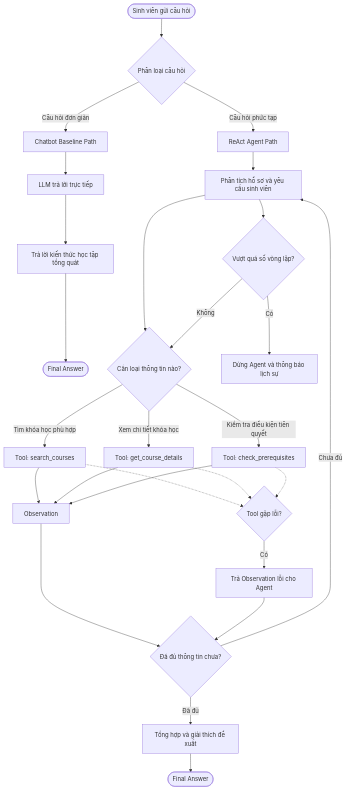
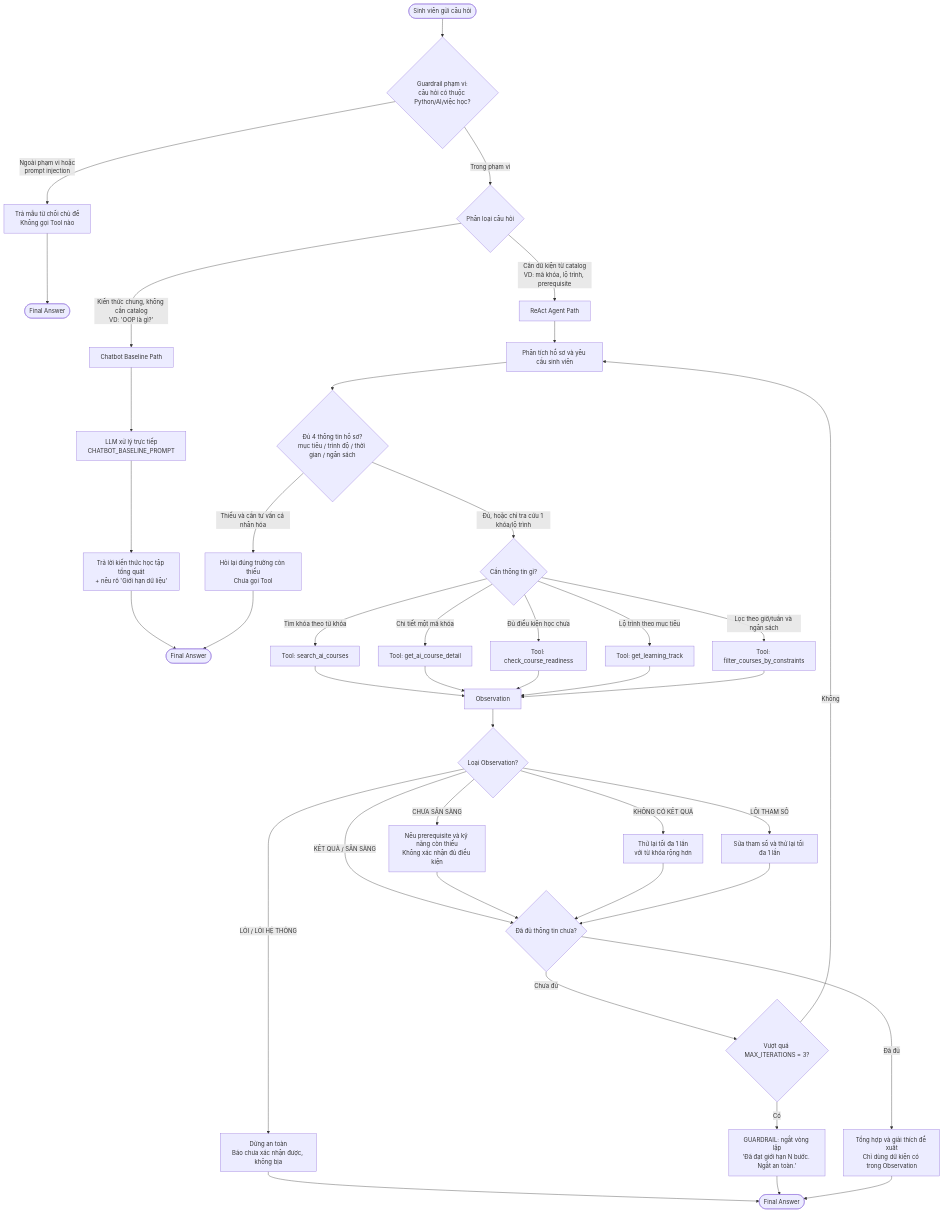
Before and after one commit to BuiHoangVuong777/DAY03_2A202601553_BuiHoangVuong: the diagram in docs/hybrid_flowchart.mermaid, drawn with Mermaid. The commit also changed 2 other files, not shown here.

Commit message:
Final Update

```diff
--- a/docs/hybrid_flowchart.mermaid
+++ b/docs/hybrid_flowchart.mermaid
@@ -1,39 +1,60 @@
 flowchart TD
-    A([Sinh viên gửi câu hỏi]) --> B{Phân loại câu hỏi}
+    A([Sinh viên gửi câu hỏi]) --> SCOPE{Guardrail phạm vi:<br/>câu hỏi có thuộc Python/AI/việc học?}
 
-    B -->|Câu hỏi đơn giản| C[Chatbot Baseline Path]
-    B -->|Câu hỏi phức tạp| D[ReAct Agent Path]
+    SCOPE -->|Ngoài phạm vi hoặc<br/>prompt injection| REFUSE[Trả mẫu từ chối chủ đề<br/>Không gọi Tool nào]
+    REFUSE --> Z([Final Answer])
 
-    %% Chatbot path
-    C --> E[LLM trả lời trực tiếp]
-    E --> F[Trả lời kiến thức học tập tổng quát]
+    SCOPE -->|Trong phạm vi| B{Phân loại câu hỏi}
+
+    B -->|Kiến thức chung, không cần catalog<br/>VD: 'OOP là gì?'| C[Chatbot Baseline Path]
+    B -->|Cần dữ kiện từ catalog<br/>VD: mã khóa, lộ trình, prerequisite| D[ReAct Agent Path]
+
+    %% ---------- Chatbot Baseline path ----------
+    C --> E[LLM xử lý trực tiếp<br/>CHATBOT_BASELINE_PROMPT]
+    E --> F[Trả lời kiến thức học tập tổng quát<br/>+ nêu rõ 'Giới hạn dữ liệu']
     F --> G([Final Answer])
 
-    %% ReAct Agent path
+    %% ---------- ReAct Agent path ----------
     D --> H[Phân tích hồ sơ và yêu cầu sinh viên]
-    H --> I{Cần loại thông tin nào?}
+    H --> PROFILE{Đủ 4 thông tin hồ sơ?<br/>mục tiêu / trình độ / thời gian / ngân sách}
 
-    I -->|Tìm khóa học phù hợp| J[Tool: search_courses]
-    I -->|Xem chi tiết khóa học| K[Tool: get_course_details]
-    I -->|Kiểm tra điều kiện tiên quyết| L[Tool: check_prerequisites]
+    PROFILE -->|Thiếu và cần tư vấn cá nhân hóa| ASK[Hỏi lại đúng trường còn thiếu<br/>Chưa gọi Tool]
+    ASK --> G
 
-    J --> M[Observation]
-    K --> M
-    L --> M
+    PROFILE -->|Đủ, hoặc chỉ tra cứu 1 khóa/lộ trình| I{Cần thông tin gì?}
 
-    M --> N{Đã đủ thông tin chưa?}
-    N -->|Chưa đủ| H
-    N -->|Đã đủ| O[Tổng hợp và giải thích đề xuất]
+    I -->|Tìm khóa theo từ khóa| J1[Tool: search_ai_courses]
+    I -->|Chi tiết một mã khóa| J2[Tool: get_ai_course_detail]
+    I -->|Đủ điều kiện học chưa| J3[Tool: check_course_readiness]
+    I -->|Lộ trình theo mục tiêu| J4[Tool: get_learning_track]
+    I -->|Lọc theo giờ/tuần và ngân sách| J5[Tool: filter_courses_by_constraints]
+
+    J1 --> M[Observation]
+    J2 --> M
+    J3 --> M
+    J4 --> M
+    J5 --> M
+
+    %% ---------- Xử lý Observation ----------
+    M --> OBS{Loại Observation?}
+
+    OBS -->|KẾT QUẢ / SẴN SÀNG| N
+    OBS -->|CHƯA SẴN SÀNG| BIZ[Nêu prerequisite và kỹ năng còn thiếu<br/>Không xác nhận đủ điều kiện]
+    OBS -->|KHÔNG CÓ KẾT QUẢ| RETRY[Thử lại tối đa 1 lần<br/>với từ khóa rộng hơn]
+    OBS -->|LỖI THAM SỐ| FIXARG[Sửa tham số và thử lại tối đa 1 lần]
+    OBS -->|LỖI / LỖI HỆ THỐNG| SAFE[Dừng an toàn<br/>Báo chưa xác nhận được, không bịa]
+
+    BIZ --> N
+    RETRY --> N
+    FIXARG --> N
+    SAFE --> P
+
+    N{Đã đủ thông tin chưa?}
+    N -->|Chưa đủ| LOOP{Vượt quá MAX_ITERATIONS = 3?}
+    N -->|Đã đủ| O[Tổng hợp và giải thích đề xuất<br/>Chỉ dùng dữ kiện có trong Observation]
+
+    LOOP -->|Có| R[GUARDRAIL: ngắt vòng lặp<br/>'Đã đạt giới hạn N bước. Ngắt an toàn.']
+    LOOP -->|Không| H
+
+    R --> P
     O --> P([Final Answer])
-
-    %% Guardrails
-    H --> Q{Vượt quá số vòng lặp?}
-    Q -->|Có| R[Dừng Agent và thông báo lịch sự]
-    Q -->|Không| I
-
-    J -.-> S{Tool gặp lỗi?}
-    K -.-> S
-    L -.-> S
-
-    S -->|Có| T[Trả Observation lỗi cho Agent]
-    T --> N
```
